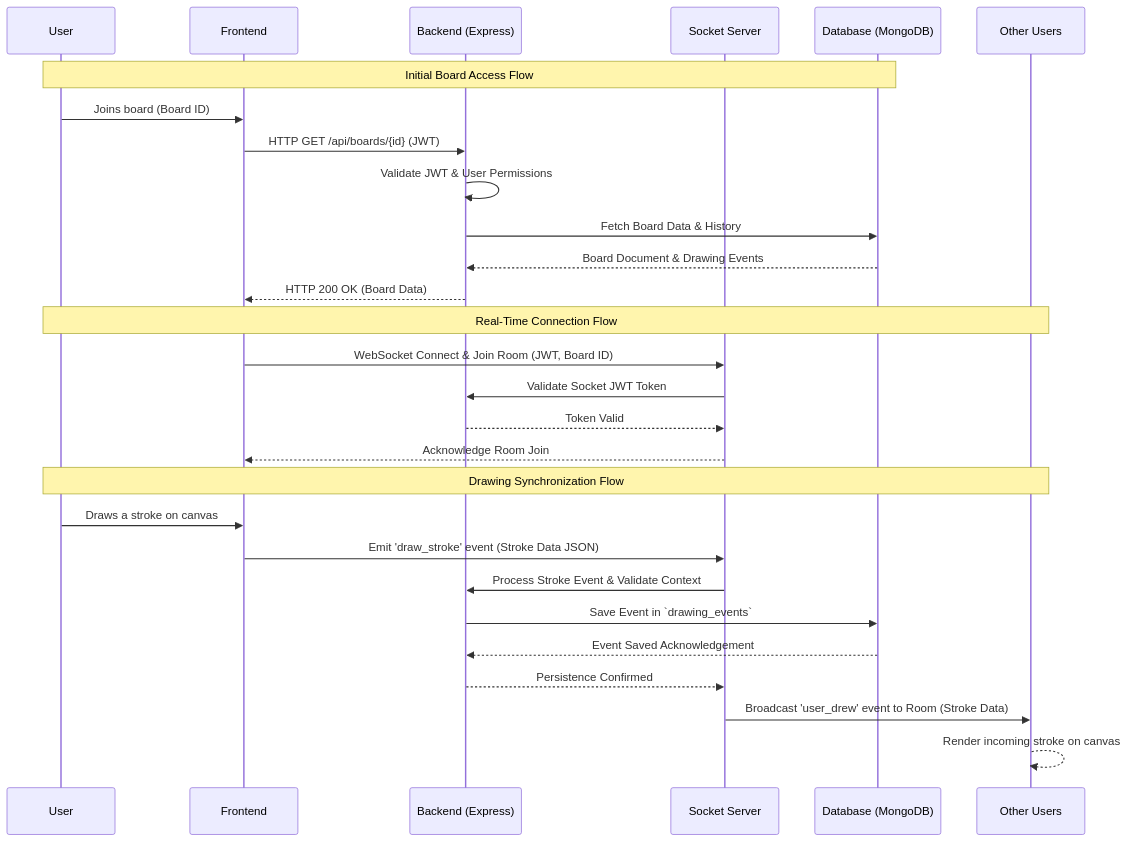
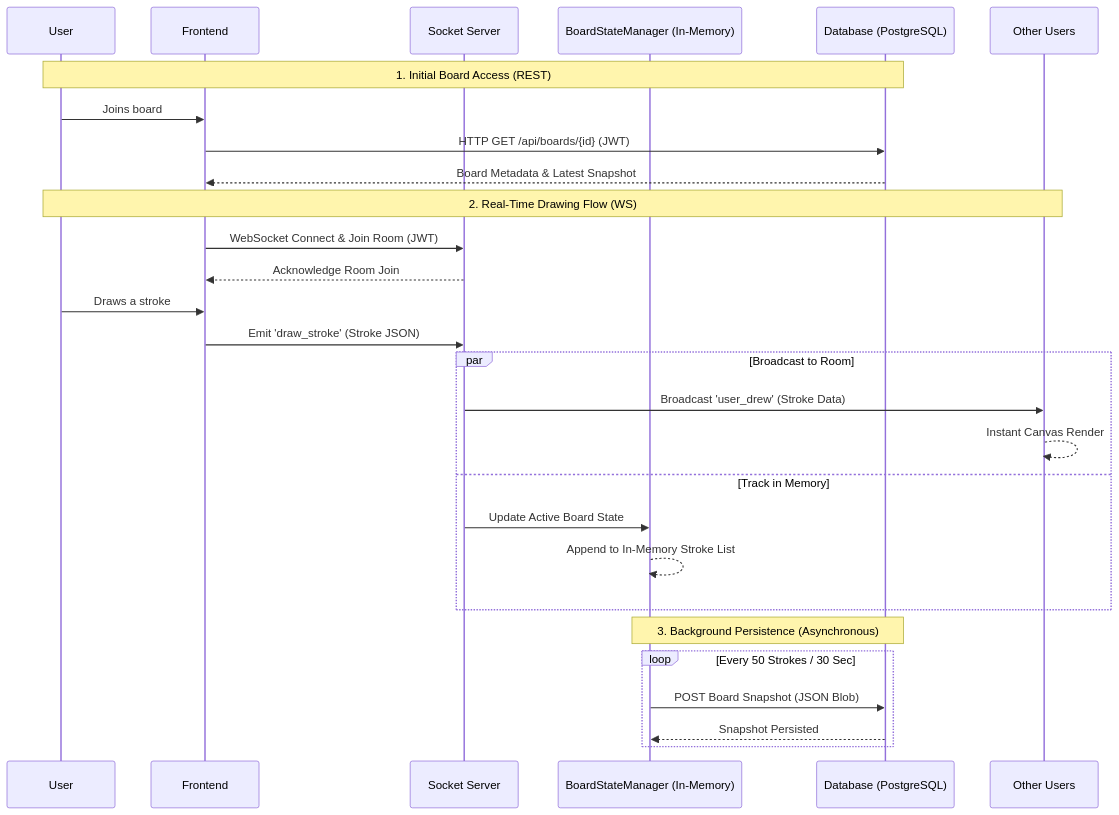
Before and after one commit to Divyapahuja31/SESD_Project: the diagram in docs/sequenceDiagram.md, drawn with Mermaid. The commit also changed other lines of this file and 5 other files, not shown here.

Commit message:
docs: complete synchronization of all technical diagrams with PostgreSQL Snapshot architecture

````diff
--- a/docs/sequenceDiagram.md
+++ b/docs/sequenceDiagram.md
@@ -8,33 +8,35 @@
 ```mermaid
 sequenceDiagram
     participant U as User
     participant F as Frontend
-    participant B as Backend (Express)
     participant S as Socket Server
-    participant DB as Database (MongoDB)
+    participant SM as BoardStateManager (In-Memory)
+    participant DB as Database (PostgreSQL)
     participant O as Other Users
 
-    Note over U, DB: Initial Board Access Flow
-    U->>F: Joins board (Board ID)
-    F->>B: HTTP GET /api/boards/{id} (JWT)
-    B->>B: Validate JWT & User Permissions
-    B->>DB: Fetch Board Data & History
-    DB-->>B: Board Document & Drawing Events
-    B-->>F: HTTP 200 OK (Board Data)
+    Note over U, DB: 1. Initial Board Access (REST)
+    U->>F: Joins board
+    F->>DB: HTTP GET /api/boards/{id} (JWT)
+    DB-->>F: Board Metadata & Latest Snapshot
     
-    Note over U, O: Real-Time Connection Flow
-    F->>S: WebSocket Connect & Join Room (JWT, Board ID)
-    S->>B: Validate Socket JWT Token
-    B-->>S: Token Valid
+    Note over U, O: 2. Real-Time Drawing Flow (WS)
+    F->>S: WebSocket Connect & Join Room (JWT)
     S-->>F: Acknowledge Room Join
     
-    Note over U, O: Drawing Synchronization Flow
-    U->>F: Draws a stroke on canvas
-    F->>S: Emit 'draw_stroke' event (Stroke Data JSON)
-    S->>B: Process Stroke Event & Validate Context
-    B->>DB: Save Event in `drawing_events`
-    DB-->>B: Event Saved Acknowledgement
-    B-->>S: Persistence Confirmed
-    S->>O: Broadcast 'user_drew' event to Room (Stroke Data)
-    O-->>O: Render incoming stroke on canvas
+    U->>F: Draws a stroke
+    F->>S: Emit 'draw_stroke' (Stroke JSON)
+    
+    par Broadcast to Room
+        S->>O: Broadcast 'user_drew' (Stroke Data)
+        O-->>O: Instant Canvas Render
+    and Track in Memory
+        S->>SM: Update Active Board State
+        SM-->>SM: Append to In-Memory Stroke List
+    end
+
+    Note over SM, DB: 3. Background Persistence (Asynchronous)
+    loop Every 50 Strokes / 30 Sec
+        SM->>DB: POST Board Snapshot (JSON Blob)
+        DB-->>SM: Snapshot Persisted
+    end
 ```
````
